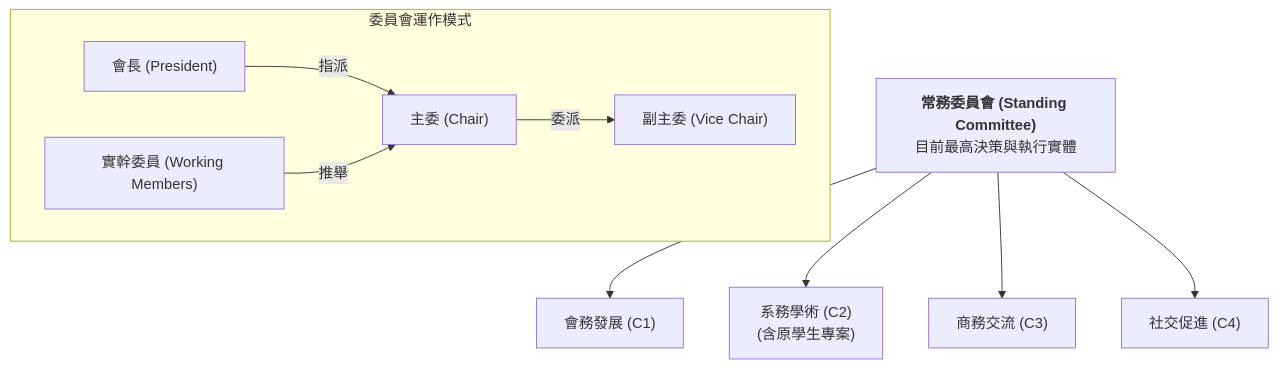
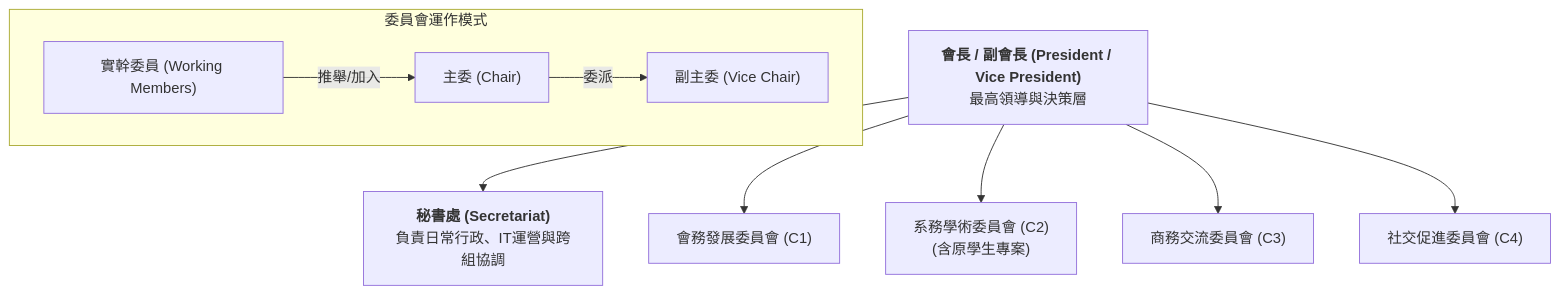
One commit to NYCU-MEAA/nycu-meaa.github.io changed the diagram in content/governance/org-structure.md. Above: the diagram before and after it, drawn with Mermaid. The commit also changed other lines of this file and 2 other files, not shown here.

Commit message:
add: 秘書處定義

````diff
--- a/content/governance/org-structure.md
+++ b/content/governance/org-structure.md
@@ -14,14 +14,25 @@
 ```mermaid
 graph TD
-    StandingCom["<b>常務委員會 (Standing Committee)</b><br/>目前最高決策與執行實體"] 
-    StandingCom --> C1["會務發展 (C1)"]
-    StandingCom --> C2["系務學術 (C2)<br/>(含原學生專案)"]
-    StandingCom --> C3["商務交流 (C3)"]
-    StandingCom --> C4["社交促進 (C4)"]
+    Pres["<b>會長 / 副會長 (President / Vice President)</b><br/>最高領導與決策層"] 
+    Sec["<b>秘書處 (Secretariat)</b><br/>負責日常行政、IT運營與跨組協調"]
+    
+    C1["會務發展委員會 (C1)"]
+    C2["系務學術委員會 (C2)<br/>(含原學生專案)"]
+    C3["商務交流委員會 (C3)"]
+    C4["社交促進委員會 (C4)"]
+
+    Pres --> Sec
+    Pres --> C1
+    Pres --> C2
+    Pres --> C3
+    Pres --> C4
 
     subgraph "委員會運作模式"
-        President["會長 (President)"] -- "指派" --> C_Chair["主委 (Chair)"]
-        C_Members["實幹委員 (Working Members)"] -- "推舉" --> C_Chair
-        C_Chair -- "委派" --> C_VChair["副主委 (Vice Chair)"]
+        C_Chair["主委 (Chair)"]
+        C_VChair["副主委 (Vice Chair)"]
+        C_Members["實幹委員 (Working Members)"]
+        
+        C_Chair -- "委派" --> C_VChair
+        C_Members -- "推舉/加入" --> C_Chair
     end
 ```
````
